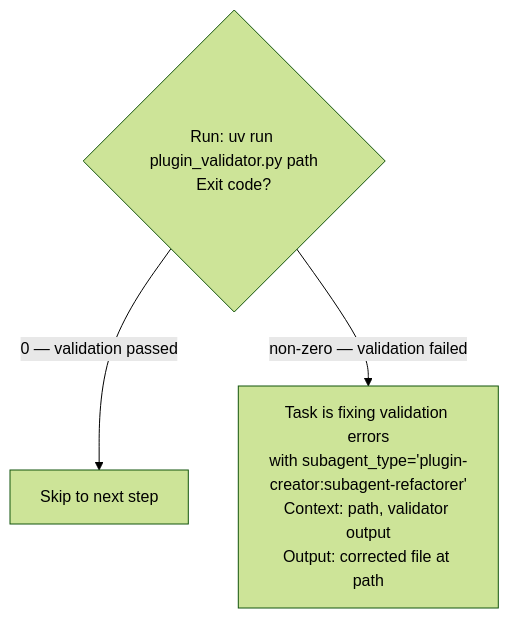
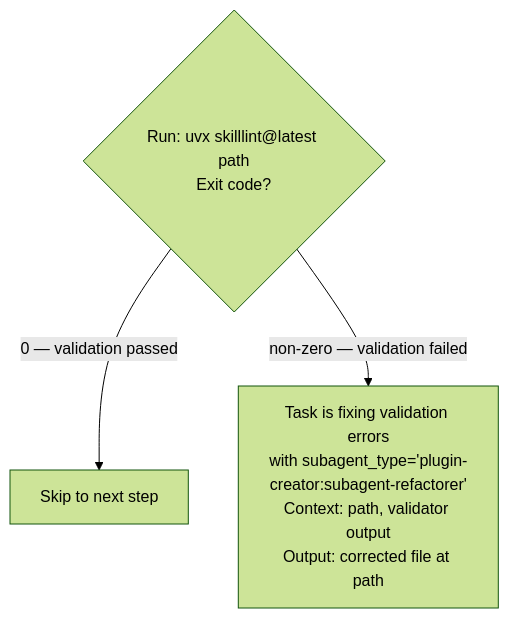
Before and after one commit to chgreer1070/claude_skills: the diagram in .claude/rules/delegation-format.md, drawn with Mermaid (forest theme). The commit also changed 48 other files, not shown here.

First line of the commit message:
refactor(migration): replace plugin_validator.py with uvx skilllint@latest

````diff
--- a/.claude/rules/delegation-format.md
+++ b/.claude/rules/delegation-format.md
@@ -71,6 +71,6 @@
 ```mermaid
 flowchart TD
-    Q{Run: uv run plugin_validator.py path<br>Exit code?}
+    Q{Run: uvx skilllint@latest path<br>Exit code?}
     Q -->|0 — validation passed| Skip[Skip to next step]
     Q -->|non-zero — validation failed| Fix["Task is fixing validation errors<br>with subagent_type='plugin-creator:subagent-refactorer'<br>Context: path, validator output<br>Output: corrected file at path"]
 ```
````
